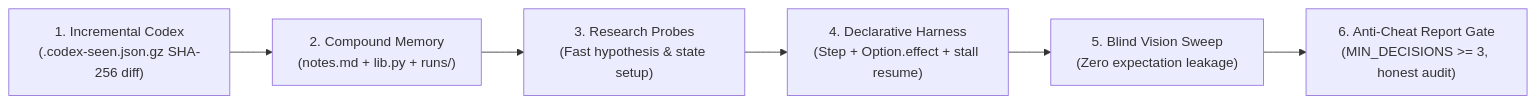
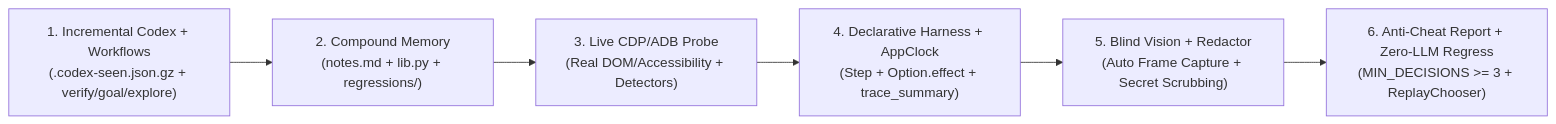
One commit to baehaqi-rf/brain-autopilot changed the diagram in README.md. Above: the diagram before and after it, drawn with Mermaid. The commit also changed other lines of this file and 37 other files, not shown here.

Commit message:
feat: release v2.0.0 with live CDP/ADB, bug detectors, zero-LLM regressions, and benchmark suite

````diff
--- a/README.md
+++ b/README.md
@@ -15,8 +15,8 @@
 ```mermaid
 flowchart LR
-    codex["1. Incremental Codex<br/>(.codex-seen.json.gz SHA-256 diff)"] --> mem["2. Compound Memory<br/>(notes.md + lib.py + runs/)"]
-    mem --> probe["3. Research Probes<br/>(Fast hypothesis & state setup)"]
-    probe --> harness["4. Declarative Harness<br/>(Step + Option.effect + stall resume)"]
-    harness --> vision["5. Blind Vision Sweep<br/>(Zero expectation leakage)"]
-    vision --> report["6. Anti-Cheat Report Gate<br/>(MIN_DECISIONS >= 3, honest audit)"]
+    codex["1. Incremental Codex + Workflows<br/>(.codex-seen.json.gz + verify/goal/explore)"] --> mem["2. Compound Memory<br/>(notes.md + lib.py + regressions/)"]
+    mem --> probe["3. Live CDP/ADB Probe<br/>(Real DOM/Accessibility + Detectors)"]
+    probe --> harness["4. Declarative Harness + AppClock<br/>(Step + Option.effect + trace_summary)"]
+    harness --> vision["5. Blind Vision + Redactor<br/>(Auto Frame Capture + Secret Scrubbing)"]
+    vision --> report["6. Anti-Cheat Report + Zero-LLM Regress<br/>(MIN_DECISIONS >= 3 + ReplayChooser)"]
 ```
````
